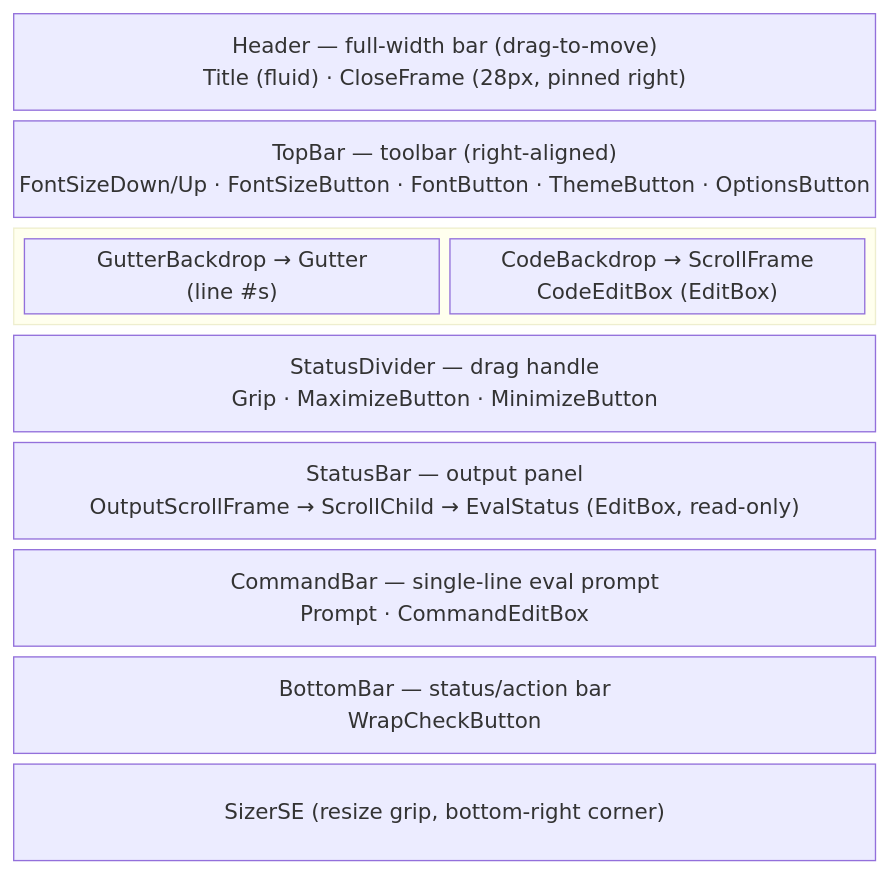
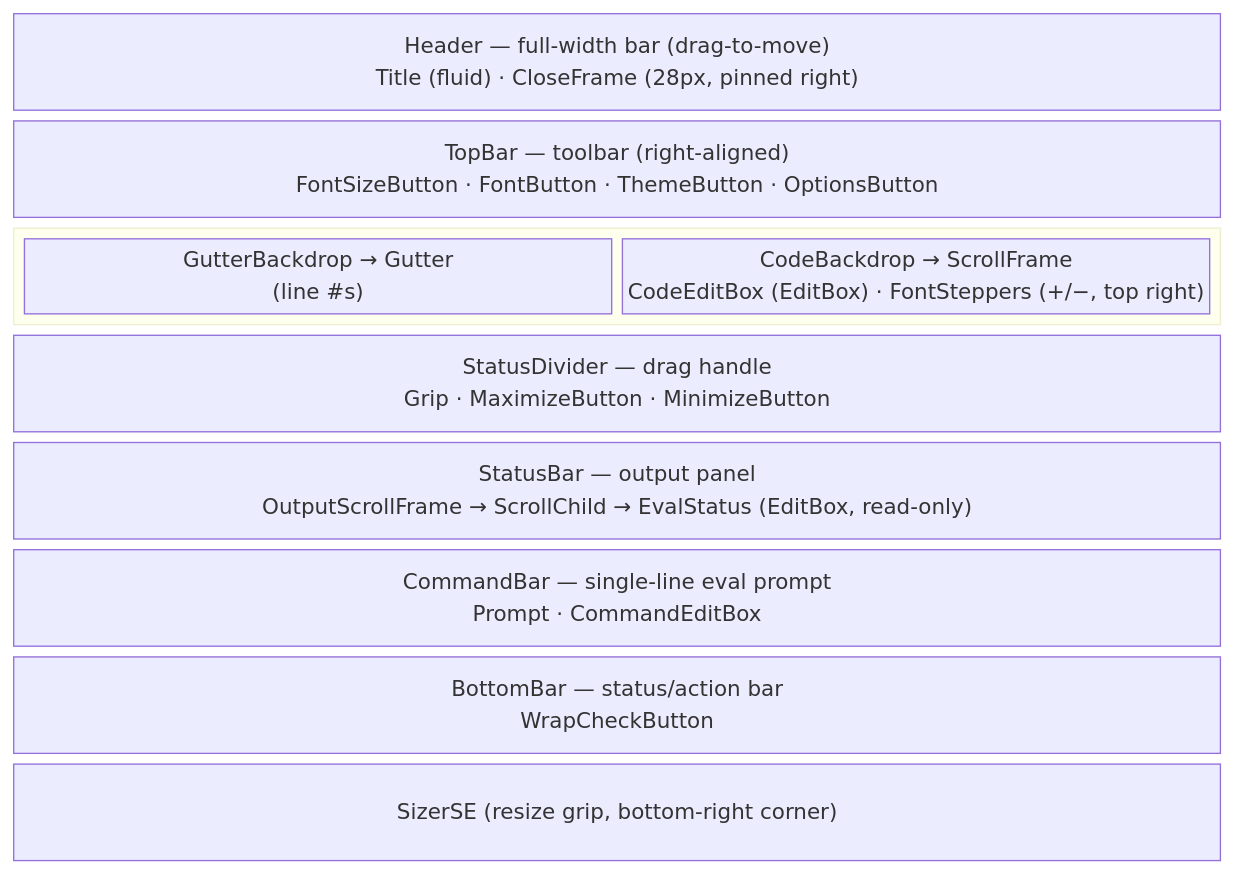
The diagram in LuaDevKit-CodeEditor/README_CodeEditor.md (kapresoft/wow-addon-LuaDevKit), drawn with Mermaid before and after one commit. The commit also changed other lines of this file and 6 other files, not shown here.

First line of the commit message:
Replace the TopBar font size arrows with +/- over the code area

````diff
--- a/LuaDevKit-CodeEditor/README_CodeEditor.md
+++ b/LuaDevKit-CodeEditor/README_CodeEditor.md
@@ -31,15 +31,15 @@
 ```mermaid
 block-beta
 columns 1
   Header["Header — full-width bar (drag-to-move)\nTitle (fluid) · CloseFrame (28px, pinned right)"]
-  TopBar["TopBar — toolbar (right-aligned)\nFontSizeDown/Up · FontSizeButton · FontButton · ThemeButton · OptionsButton"]
+  TopBar["TopBar — toolbar (right-aligned)\nFontSizeButton · FontButton · ThemeButton · OptionsButton"]
   block:body
     Gutter["GutterBackdrop → Gutter\n(line #s)"]
-    Code["CodeBackdrop → ScrollFrame\nCodeEditBox (EditBox)"]
+    Code["CodeBackdrop → ScrollFrame\nCodeEditBox (EditBox) · FontSteppers (+/−, top right)"]
   end
   Divider["StatusDivider — drag handle\nGrip · MaximizeButton · MinimizeButton"]
   Status["StatusBar — output panel\nOutputScrollFrame → ScrollChild → EvalStatus (EditBox, read-only)"]
   Command["CommandBar — single-line eval prompt\nPrompt · CommandEditBox"]
   BottomBar["BottomBar — status/action bar\nWrapCheckButton"]
   Sizer["SizerSE (resize grip, bottom-right corner)"]
 ```
````
